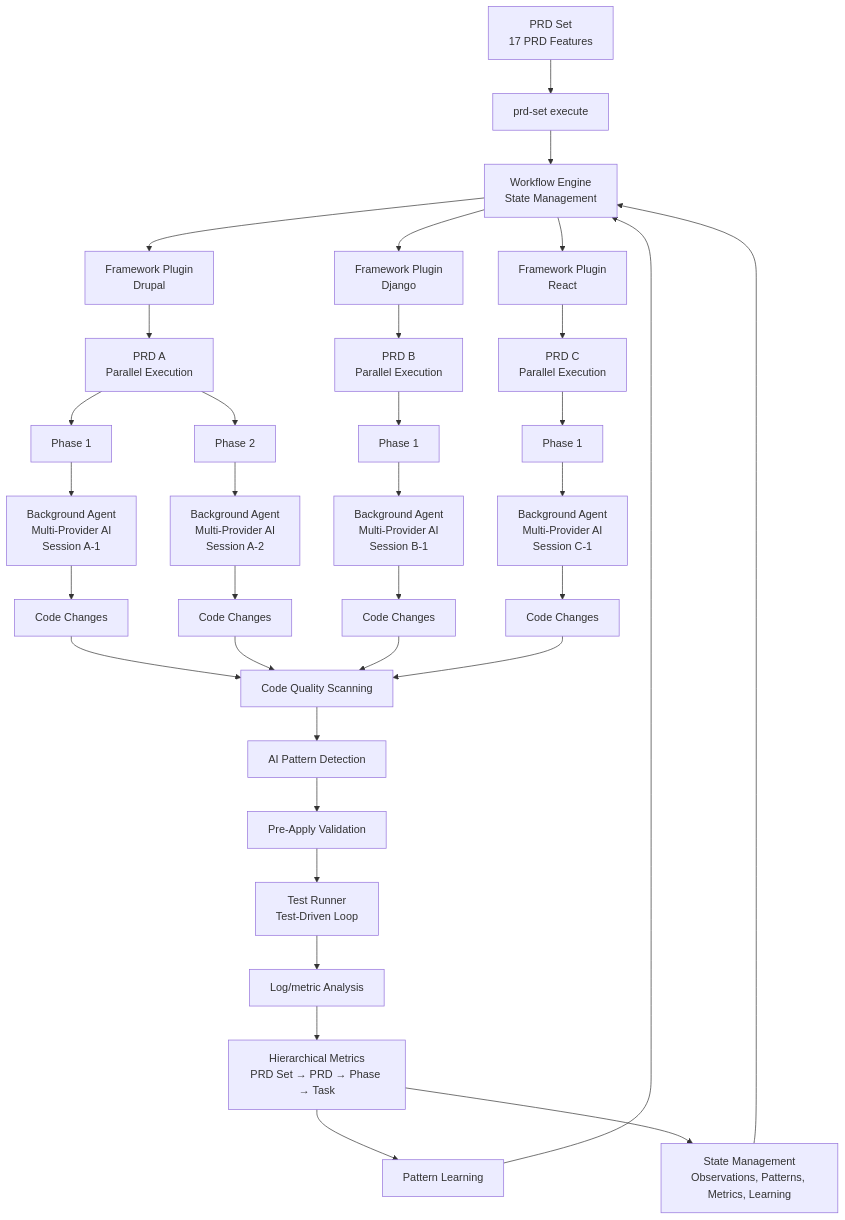
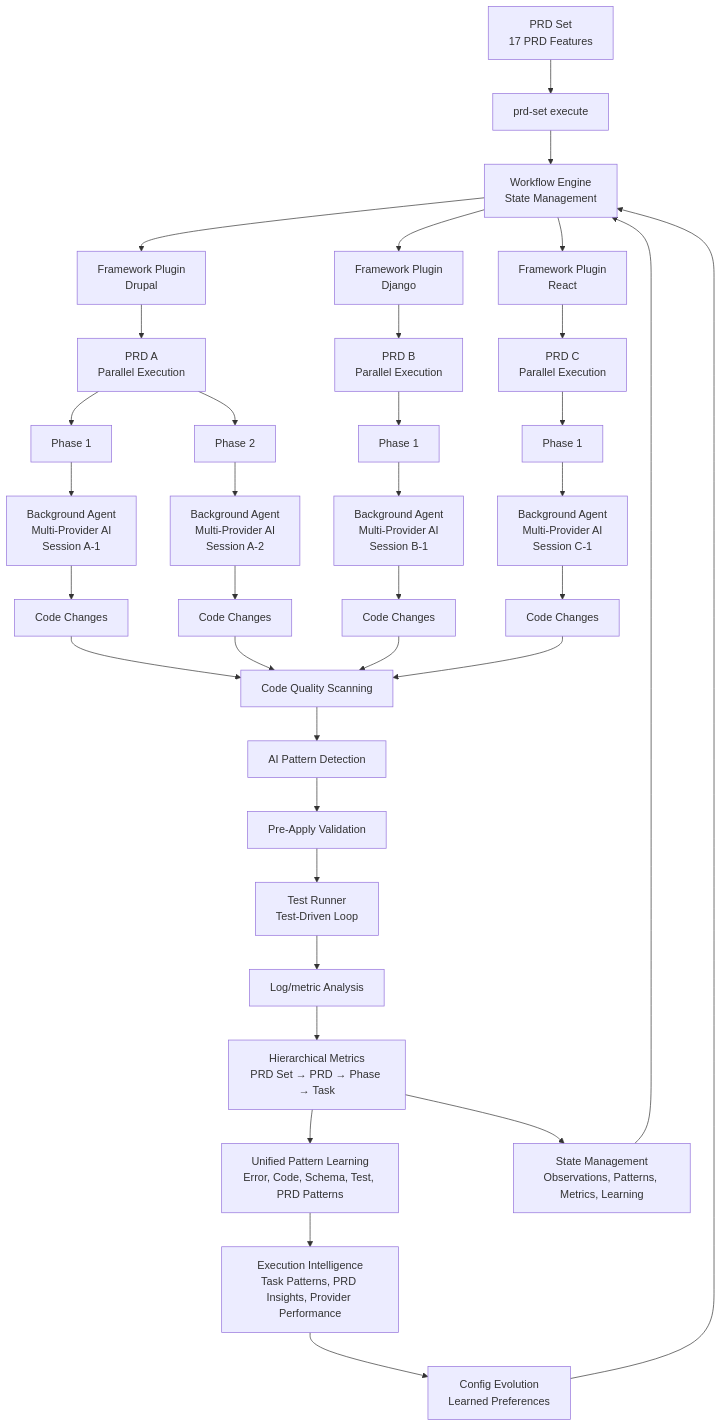
The second of 2 diagrams in README.md (jienckebd/dev-loop), drawn with Mermaid before and after one commit. The commit also changed other lines of this file and 36 other files, not shown here.

````diff
--- a/README.md
+++ b/README.md
@@ -92,46 +98,48 @@
 ```mermaid
 flowchart TB
     PRDSet[PRD Set<br/>17 PRD Features] --> Execute[prd-set execute]
     Execute --> Orchestrator[Workflow Engine<br/>State Management]
 
     Orchestrator --> FrameworkDrupal[Framework Plugin<br/>Drupal]
     Orchestrator --> FrameworkDjango[Framework Plugin<br/>Django]
     Orchestrator --> FrameworkReact[Framework Plugin<br/>React]
 
     FrameworkDrupal --> PRDA[PRD A<br/>Parallel Execution]
     FrameworkDjango --> PRDB[PRD B<br/>Parallel Execution]
     FrameworkReact --> PRDC[PRD C<br/>Parallel Execution]
 
     PRDA --> PhaseA1[Phase 1]
     PRDA --> PhaseA2[Phase 2]
     PRDB --> PhaseB1[Phase 1]
     PRDC --> PhaseC1[Phase 1]
 
     PhaseA1 --> AgentA1[Background Agent<br/>Multi-Provider AI<br/>Session A-1]
     PhaseA2 --> AgentA2[Background Agent<br/>Multi-Provider AI<br/>Session A-2]
     PhaseB1 --> AgentB1[Background Agent<br/>Multi-Provider AI<br/>Session B-1]
     PhaseC1 --> AgentC1[Background Agent<br/>Multi-Provider AI<br/>Session C-1]
 
     AgentA1 --> CodeA1[Code Changes]
     AgentA2 --> CodeA2[Code Changes]
     AgentB1 --> CodeB1[Code Changes]
     AgentC1 --> CodeC1[Code Changes]
 
     CodeA1 --> Quality[Code Quality Scanning]
     CodeA2 --> Quality
     CodeB1 --> Quality
     CodeC1 --> Quality
 
     Quality --> Pattern[AI Pattern Detection]
     Pattern --> Validator[Pre-Apply Validation]
 
     Validator --> Tests[Test Runner<br/>Test-Driven Loop]
     Tests --> Logs[Log/metric Analysis]
     Logs --> Metrics[Hierarchical Metrics<br/>PRD Set → PRD → Phase → Task]
 
-    Metrics --> Learning[Pattern Learning]
-    Learning --> Orchestrator
+    Metrics --> Learning[Unified Pattern Learning<br/>Error, Code, Schema, Test, PRD Patterns]
+    Learning --> Intelligence[Execution Intelligence<br/>Task Patterns, PRD Insights, Provider Performance]
+    Intelligence --> ConfigEvolution[Config Evolution<br/>Learned Preferences]
+    ConfigEvolution --> Orchestrator
 
     Metrics --> State[State Management<br/>Observations, Patterns, Metrics, Learning]
     State --> Orchestrator
 ```
````
